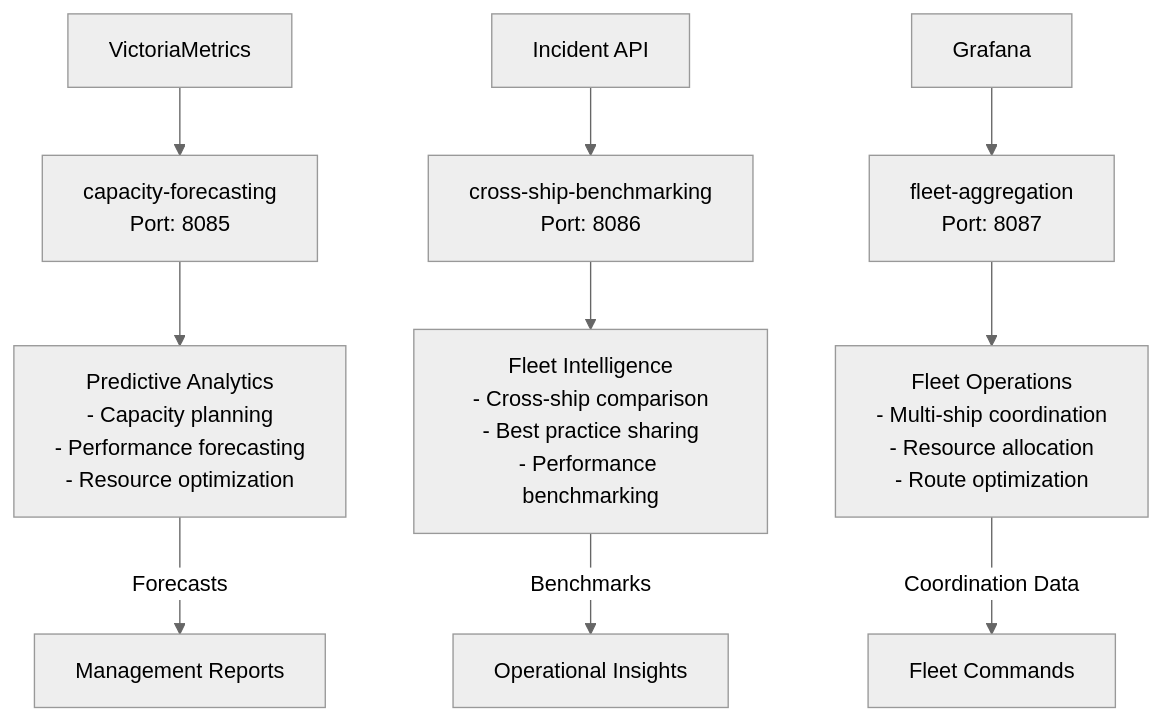
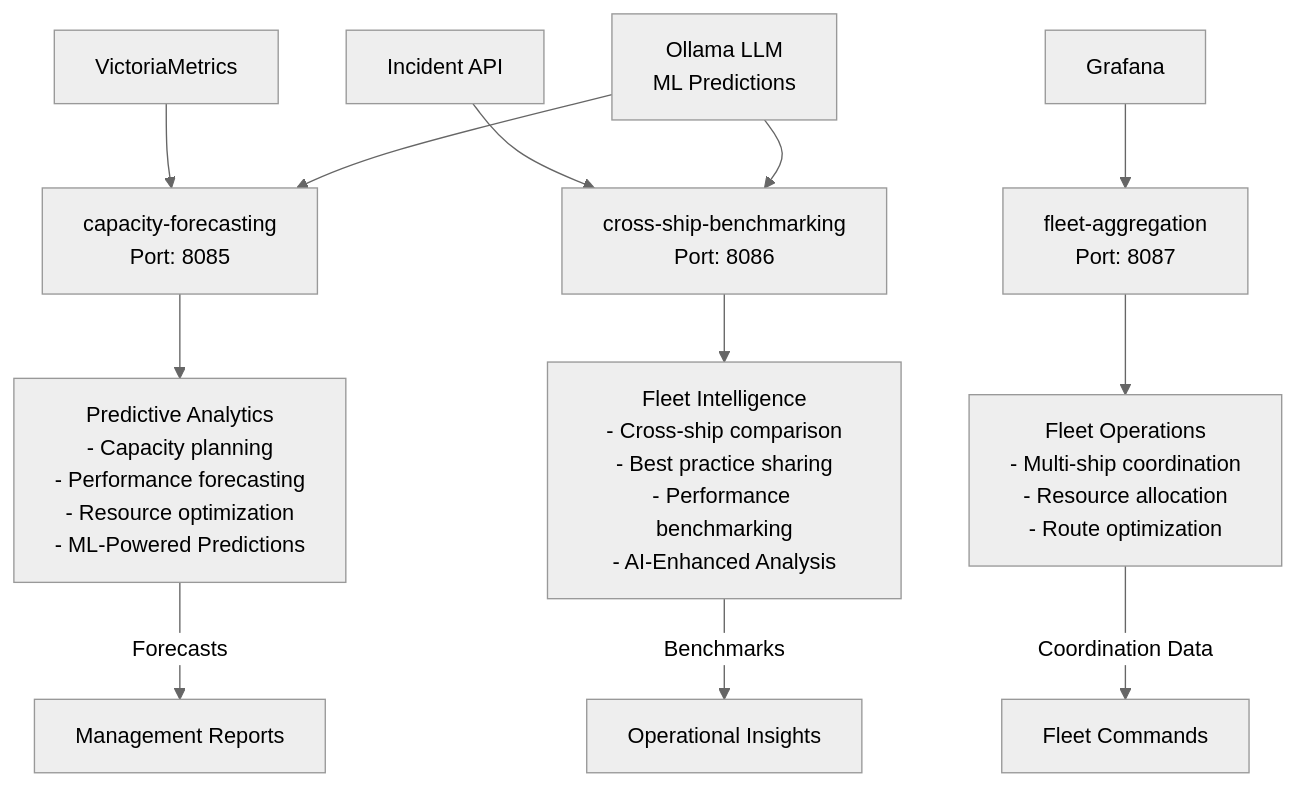
The ninth of 9 diagrams in docs/comprehensive-data-flow-diagram.md (iLodeStar/AIOps-NAAS), drawn with Mermaid (neutral theme) before and after one commit. The commit also changed other lines of this file and 1 other file, not shown here.

Commit message:
Fix Mermaid diagram syntax with quotes and add comprehensive AI/ML integration documentation

````diff
--- a/docs/comprehensive-data-flow-diagram.md
+++ b/docs/comprehensive-data-flow-diagram.md
@@ -205,17 +315,19 @@
 ```mermaid
 graph TD
     %% Intelligence services
-    G1[VictoriaMetrics] --> W1[capacity-forecasting<br/>Port: 8085]
-    O1[Incident API] --> W2[cross-ship-benchmarking<br/>Port: 8086]
-    U1[Grafana] --> W3[fleet-aggregation<br/>Port: 8087]
+    G1["VictoriaMetrics"] --> W1["capacity-forecasting<br/>Port: 8085"]
+    O1["Incident API"] --> W2["cross-ship-benchmarking<br/>Port: 8086"]
+    U1["Grafana"] --> W3["fleet-aggregation<br/>Port: 8087"]
+    ML1["Ollama LLM<br/>ML Predictions"] --> W1
+    ML1 --> W2
     
     %% Analytics processing
-    W1 --> W4[Predictive Analytics<br/>- Capacity planning<br/>- Performance forecasting<br/>- Resource optimization]
-    W2 --> W5[Fleet Intelligence<br/>- Cross-ship comparison<br/>- Best practice sharing<br/>- Performance benchmarking]
-    W3 --> W6[Fleet Operations<br/>- Multi-ship coordination<br/>- Resource allocation<br/>- Route optimization]
+    W1 --> W4["Predictive Analytics<br/>- Capacity planning<br/>- Performance forecasting<br/>- Resource optimization<br/>- ML-Powered Predictions"]
+    W2 --> W5["Fleet Intelligence<br/>- Cross-ship comparison<br/>- Best practice sharing<br/>- Performance benchmarking<br/>- AI-Enhanced Analysis"]
+    W3 --> W6["Fleet Operations<br/>- Multi-ship coordination<br/>- Resource allocation<br/>- Route optimization"]
     
     %% Intelligence outputs
-    W4 -->|Forecasts| X1[Management Reports]
-    W5 -->|Benchmarks| X2[Operational Insights]
-    W6 -->|Coordination Data| X3[Fleet Commands]
+    W4 -->|"Forecasts"| X1["Management Reports"]
+    W5 -->|"Benchmarks"| X2["Operational Insights"]
+    W6 -->|"Coordination Data"| X3["Fleet Commands"]
 ```
````
